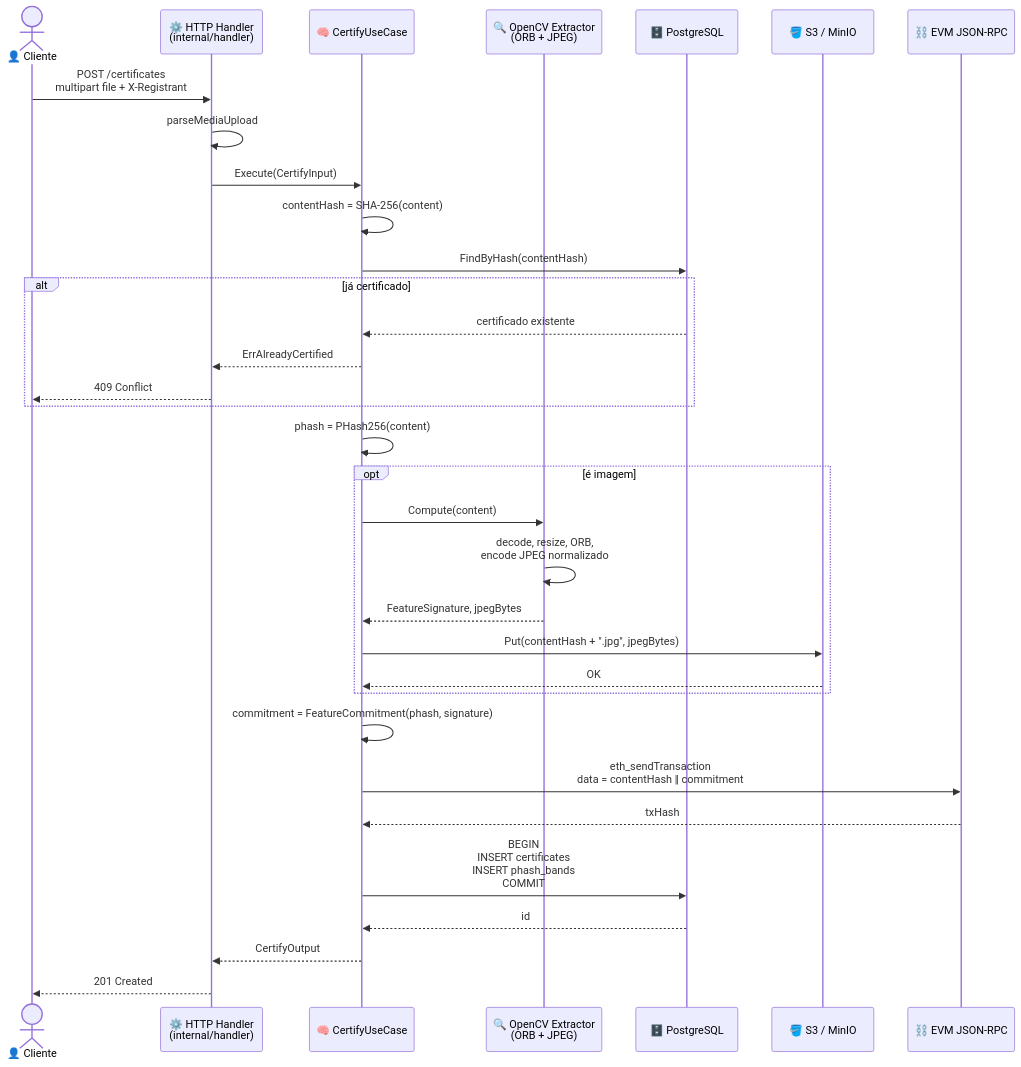
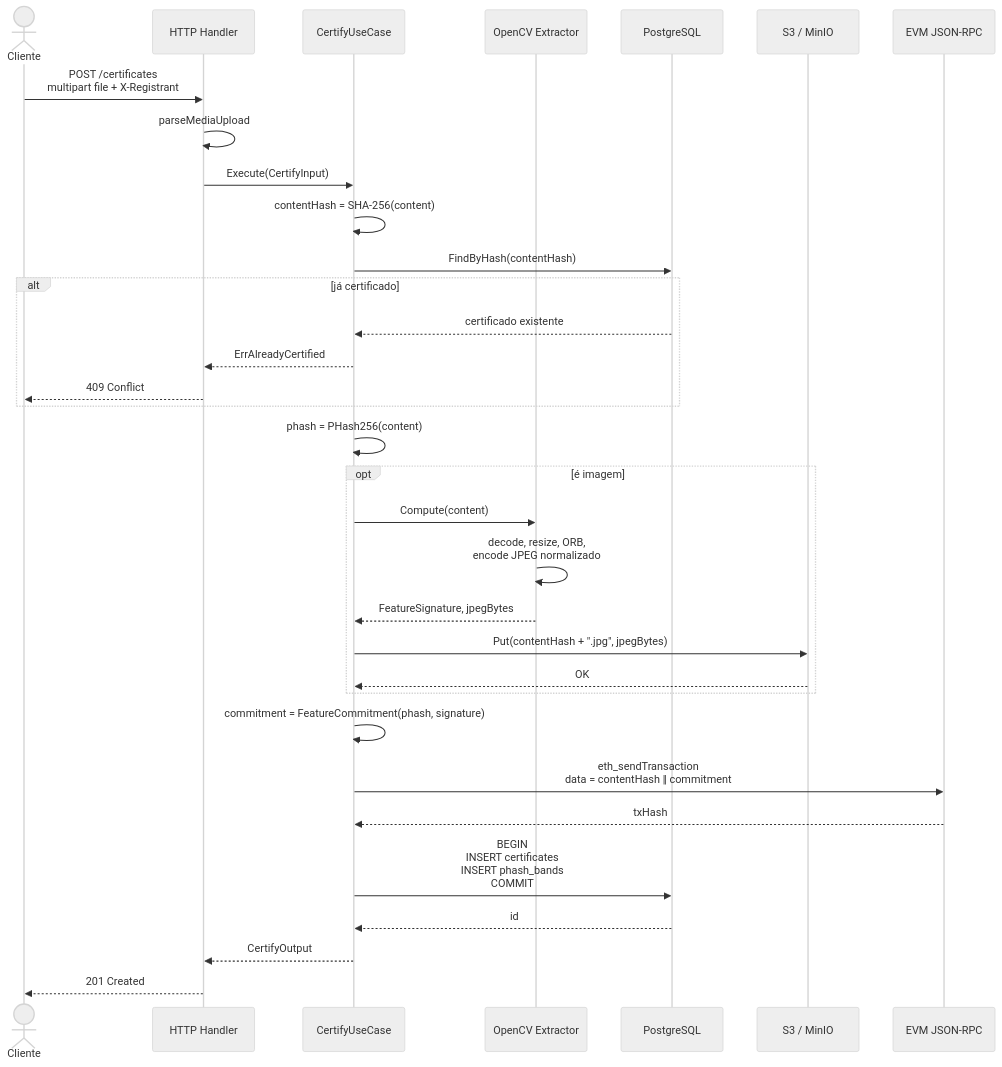
Before and after one commit to waizbart/aletheia-api: the first of 3 diagrams in docs/SEQUENCE_DIAGRAM.md, drawn with Mermaid. The commit also changed other lines of this file and 3 other files, not shown here.

First line of the commit message:
docs: rewrite README and clean diagrams

````diff
--- a/docs/SEQUENCE_DIAGRAM.md
+++ b/docs/SEQUENCE_DIAGRAM.md
@@ -8,44 +8,44 @@
 ```mermaid
-%%{init: {'theme': 'default'}}%%
+%%{init: {'theme': 'neutral'}}%%
 sequenceDiagram
-    actor U as 👤 Cliente
-    participant API as ⚙️ HTTP Handler<br/>(internal/handler)
-    participant UC as 🧠 CertifyUseCase
-    participant CV as 🔍 OpenCV Extractor<br/>(ORB + JPEG)
-    participant DB as 🗄️ PostgreSQL
-    participant S3 as 🪣 S3 / MinIO
-    participant SC as ⛓️ EVM JSON-RPC
+    actor U as Cliente
+    participant API as HTTP Handler
+    participant UC as CertifyUseCase
+    participant CV as OpenCV Extractor
+    participant DB as PostgreSQL
+    participant S3 as S3 / MinIO
+    participant SC as EVM JSON-RPC
 
     U->>API: POST /certificates<br/>multipart file + X-Registrant
     API->>API: parseMediaUpload
     API->>UC: Execute(CertifyInput)
 
     UC->>UC: contentHash = SHA-256(content)
     UC->>DB: FindByHash(contentHash)
 
     alt já certificado
         DB-->>UC: certificado existente
         UC-->>API: ErrAlreadyCertified
         API-->>U: 409 Conflict
     end
 
     UC->>UC: phash = PHash256(content)
 
     opt é imagem
         UC->>CV: Compute(content)
         CV->>CV: decode, resize, ORB,<br/>encode JPEG normalizado
         CV-->>UC: FeatureSignature, jpegBytes
         UC->>S3: Put(contentHash + ".jpg", jpegBytes)
         S3-->>UC: OK
     end
 
     UC->>UC: commitment = FeatureCommitment(phash, signature)
     UC->>SC: eth_sendTransaction<br/>data = contentHash ‖ commitment
     SC-->>UC: txHash
 
     UC->>DB: BEGIN<br/>INSERT certificates<br/>INSERT phash_bands<br/>COMMIT
     DB-->>UC: id
 
     UC-->>API: CertifyOutput
     API-->>U: 201 Created
 ```
````
